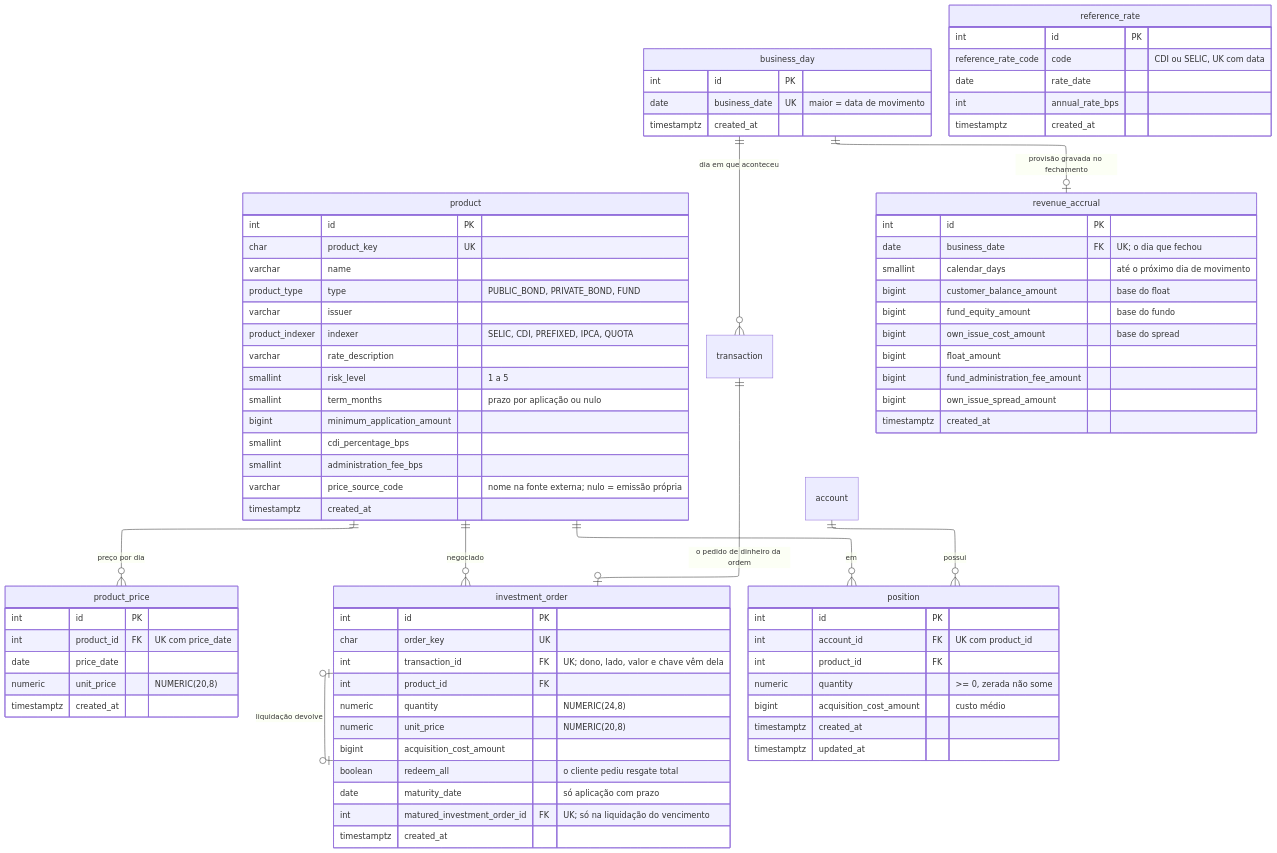
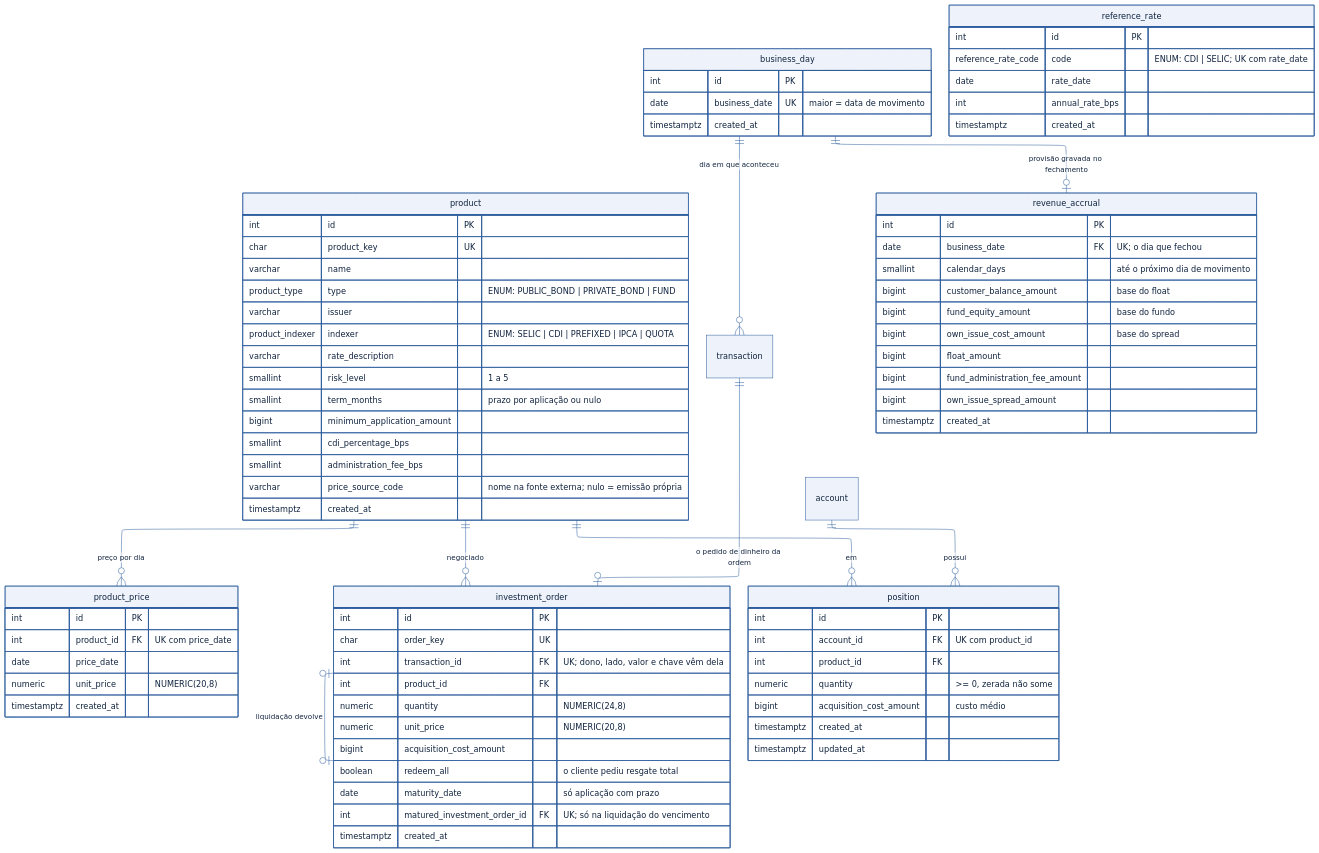
The diagram in docs/diagramas/er-produtos-e-ordens.mmd (heluylucas/bootcamp-qi-tech-presidas-), drawn with Mermaid before and after one commit. The commit also changed 18 other files, not shown here.

Commit message:
:hammer: update: diagrams-blue-theme-&-enum-notation

```diff
--- a/docs/diagramas/er-produtos-e-ordens.mmd
+++ b/docs/diagramas/er-produtos-e-ordens.mmd
@@ -1,86 +1,97 @@
 ---
 config:
+  theme: base
+  themeVariables:
+    primaryColor: "#eef3fb"
+    primaryBorderColor: "#2f5f9e"
+    primaryTextColor: "#10233f"
+    lineColor: "#2f5f9e"
+    secondaryColor: "#f7f9fd"
+    tertiaryColor: "#ffffff"
+    noteBkgColor: "#f7f9fd"
+    noteBorderColor: "#2f5f9e"
+    noteTextColor: "#10233f"
   layout: elk
   elk:
     mergeEdges: false
     nodePlacementStrategy: NETWORK_SIMPLEX
 ---
 erDiagram
     product ||--o{ product_price : "preço por dia"
     transaction ||--o| investment_order : "o pedido de dinheiro da ordem"
     product ||--o{ investment_order : "negociado"
     investment_order |o--o| investment_order : "liquidação devolve"
     account ||--o{ position : "possui"
     product ||--o{ position : "em"
     business_day ||--o{ transaction : "dia em que aconteceu"
     business_day ||--o| revenue_accrual : "provisão gravada no fechamento"
 
     product {
         int id PK
         char product_key UK
         varchar name
-        product_type type "PUBLIC_BOND, PRIVATE_BOND, FUND"
+        product_type type "ENUM: PUBLIC_BOND | PRIVATE_BOND | FUND"
         varchar issuer
-        product_indexer indexer "SELIC, CDI, PREFIXED, IPCA, QUOTA"
+        product_indexer indexer "ENUM: SELIC | CDI | PREFIXED | IPCA | QUOTA"
         varchar rate_description
         smallint risk_level "1 a 5"
         smallint term_months "prazo por aplicação ou nulo"
         bigint minimum_application_amount
         smallint cdi_percentage_bps
         smallint administration_fee_bps
         varchar price_source_code "nome na fonte externa; nulo = emissão própria"
         timestamptz created_at
     }
     product_price {
         int id PK
         int product_id FK "UK com price_date"
         date price_date
         numeric unit_price "NUMERIC(20,8)"
         timestamptz created_at
     }
     business_day {
         int id PK
         date business_date UK "maior = data de movimento"
         timestamptz created_at
     }
     reference_rate {
         int id PK
-        reference_rate_code code "CDI ou SELIC, UK com data"
+        reference_rate_code code "ENUM: CDI | SELIC; UK com rate_date"
         date rate_date
         int annual_rate_bps
         timestamptz created_at
     }
     investment_order {
         int id PK
         char order_key UK
         int transaction_id FK "UK; dono, lado, valor e chave vêm dela"
         int product_id FK
         numeric quantity "NUMERIC(24,8)"
         numeric unit_price "NUMERIC(20,8)"
         bigint acquisition_cost_amount
         boolean redeem_all "o cliente pediu resgate total"
         date maturity_date "só aplicação com prazo"
         int matured_investment_order_id FK "UK; só na liquidação do vencimento"
         timestamptz created_at
     }
     position {
         int id PK
         int account_id FK "UK com product_id"
         int product_id FK
         numeric quantity ">= 0, zerada não some"
         bigint acquisition_cost_amount "custo médio"
         timestamptz created_at
         timestamptz updated_at
     }
     revenue_accrual {
         int id PK
         date business_date FK "UK; o dia que fechou"
         smallint calendar_days "até o próximo dia de movimento"
         bigint customer_balance_amount "base do float"
         bigint fund_equity_amount "base do fundo"
         bigint own_issue_cost_amount "base do spread"
         bigint float_amount
         bigint fund_administration_fee_amount
         bigint own_issue_spread_amount
         timestamptz created_at
     }
```
